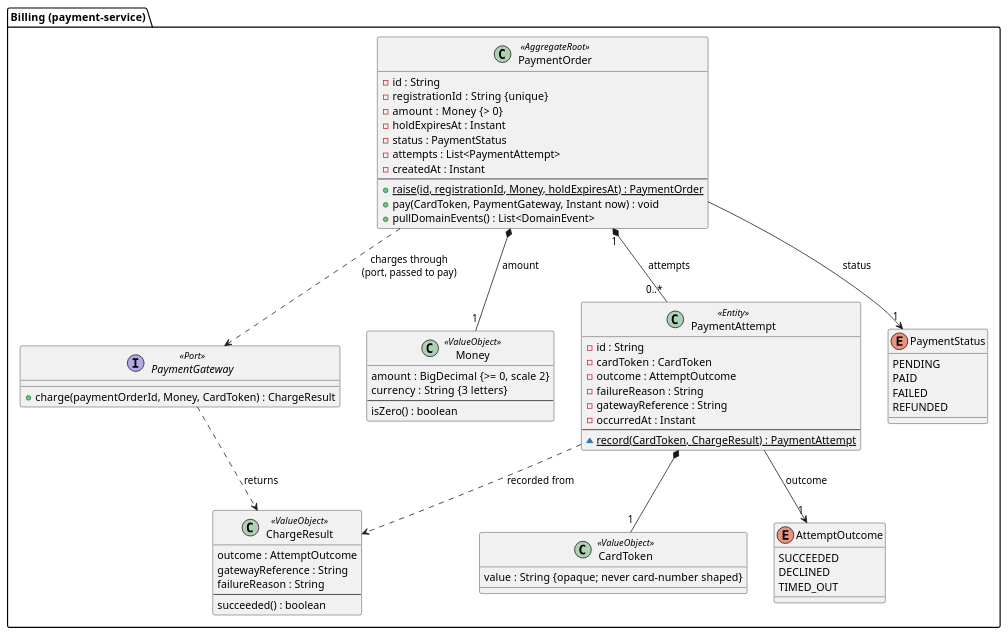
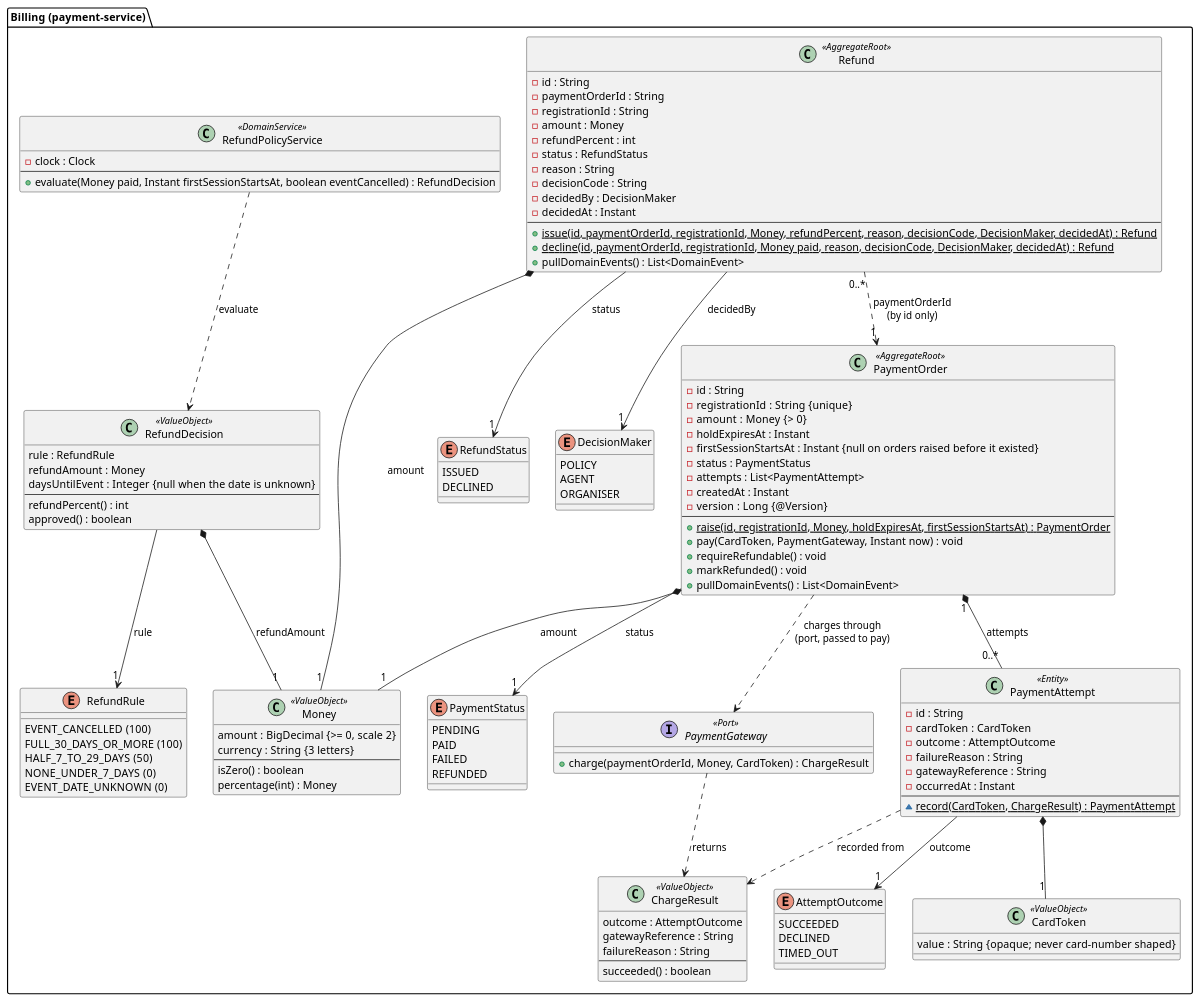
Before and after one commit to middo221/CSCI318---AI-Microservices-Application: the diagram in docs/diagrams/include/domain-billing.iuml, drawn with PlantUML. The commit also changed 20 other files, not shown here.

First line of the commit message:
docs: extend the domain model to refunds, waitlists, the support agent and operational insight

```diff
--- a/docs/diagrams/include/domain-billing.iuml
+++ b/docs/diagrams/include/domain-billing.iuml
@@ -1,77 +1,138 @@
 ' Billing bounded context — payment-service, package ...payment.domain
 ' Shared by domain-billing.puml (full detail) and domain-model.puml (overview).
-' Second pass (FR-11): add Refund <<AggregateRoot>>, RefundDecision <<ValueObject>>,
-' DecisionMaker and RefundPolicyService <<DomainService>> here.
 
 package "Billing  (payment-service)" as billing {
 
   class PaymentOrder <<AggregateRoot>> {
     - id : String
     - registrationId : String  {unique}
     - amount : Money  {> 0}
     - holdExpiresAt : Instant
+    - firstSessionStartsAt : Instant  {null on orders raised before it existed}
     - status : PaymentStatus
     - attempts : List<PaymentAttempt>
     - createdAt : Instant
+    - version : Long  {@Version}
     --
-    + {static} raise(id, registrationId, Money, holdExpiresAt) : PaymentOrder
+    + {static} raise(id, registrationId, Money, holdExpiresAt, firstSessionStartsAt) : PaymentOrder
     + pay(CardToken, PaymentGateway, Instant now) : void
+    + requireRefundable() : void
+    + markRefunded() : void
     + pullDomainEvents() : List<DomainEvent>
   }
 
   class PaymentAttempt <<Entity>> {
     - id : String
     - cardToken : CardToken
     - outcome : AttemptOutcome
     - failureReason : String
     - gatewayReference : String
     - occurredAt : Instant
     --
     ~ {static} record(CardToken, ChargeResult) : PaymentAttempt
   }
 
+  class Refund <<AggregateRoot>> {
+    - id : String
+    - paymentOrderId : String
+    - registrationId : String
+    - amount : Money
+    - refundPercent : int
+    - status : RefundStatus
+    - reason : String
+    - decisionCode : String
+    - decidedBy : DecisionMaker
+    - decidedAt : Instant
+    --
+    + {static} issue(id, paymentOrderId, registrationId, Money, refundPercent, reason, decisionCode, DecisionMaker, decidedAt) : Refund
+    + {static} decline(id, paymentOrderId, registrationId, Money paid, reason, decisionCode, DecisionMaker, decidedAt) : Refund
+    + pullDomainEvents() : List<DomainEvent>
+  }
+
   class "Money" as B_Money <<ValueObject>> {
     amount : BigDecimal  {>= 0, scale 2}
     currency : String  {3 letters}
     --
     isZero() : boolean
+    percentage(int) : Money
   }
 
   class CardToken <<ValueObject>> {
     value : String  {opaque; never card-number shaped}
   }
 
   class ChargeResult <<ValueObject>> {
     outcome : AttemptOutcome
     gatewayReference : String
     failureReason : String
     --
     succeeded() : boolean
   }
 
+  class RefundDecision <<ValueObject>> {
+    rule : RefundRule
+    refundAmount : Money
+    daysUntilEvent : Integer  {null when the date is unknown}
+    --
+    refundPercent() : int
+    approved() : boolean
+  }
+
   interface PaymentGateway <<Port>> {
     + charge(paymentOrderId, Money, CardToken) : ChargeResult
+  }
+
+  class RefundPolicyService <<DomainService>> {
+    - clock : Clock
+    --
+    + evaluate(Money paid, Instant firstSessionStartsAt, boolean eventCancelled) : RefundDecision
   }
 
   enum PaymentStatus {
     PENDING
     PAID
     FAILED
     REFUNDED
   }
 
   enum AttemptOutcome {
     SUCCEEDED
     DECLINED
     TIMED_OUT
   }
 
+  enum RefundRule {
+    EVENT_CANCELLED  (100)
+    FULL_30_DAYS_OR_MORE  (100)
+    HALF_7_TO_29_DAYS  (50)
+    NONE_UNDER_7_DAYS  (0)
+    EVENT_DATE_UNKNOWN  (0)
+  }
+
+  enum RefundStatus {
+    ISSUED
+    DECLINED
+  }
+
+  enum DecisionMaker {
+    POLICY
+    AGENT
+    ORGANISER
+  }
+
   PaymentOrder "1" *-- "0..*" PaymentAttempt : attempts
   PaymentOrder *-- "1" B_Money : amount
   PaymentOrder --> "1" PaymentStatus : status
   PaymentAttempt *-- "1" CardToken
   PaymentAttempt --> "1" AttemptOutcome : outcome
   PaymentOrder ..> PaymentGateway : charges through\n(port, passed to pay)
   PaymentGateway ..> ChargeResult : returns
   PaymentAttempt ..> ChargeResult : recorded from
+  Refund *-- "1" B_Money : amount
+  Refund --> "1" RefundStatus : status
+  Refund --> "1" DecisionMaker : decidedBy
+  Refund "0..*" ..> "1" PaymentOrder : paymentOrderId\n(by id only)
+  RefundPolicyService ..> RefundDecision : evaluate
+  RefundDecision --> "1" RefundRule : rule
+  RefundDecision *-- "1" B_Money : refundAmount
 }
```
